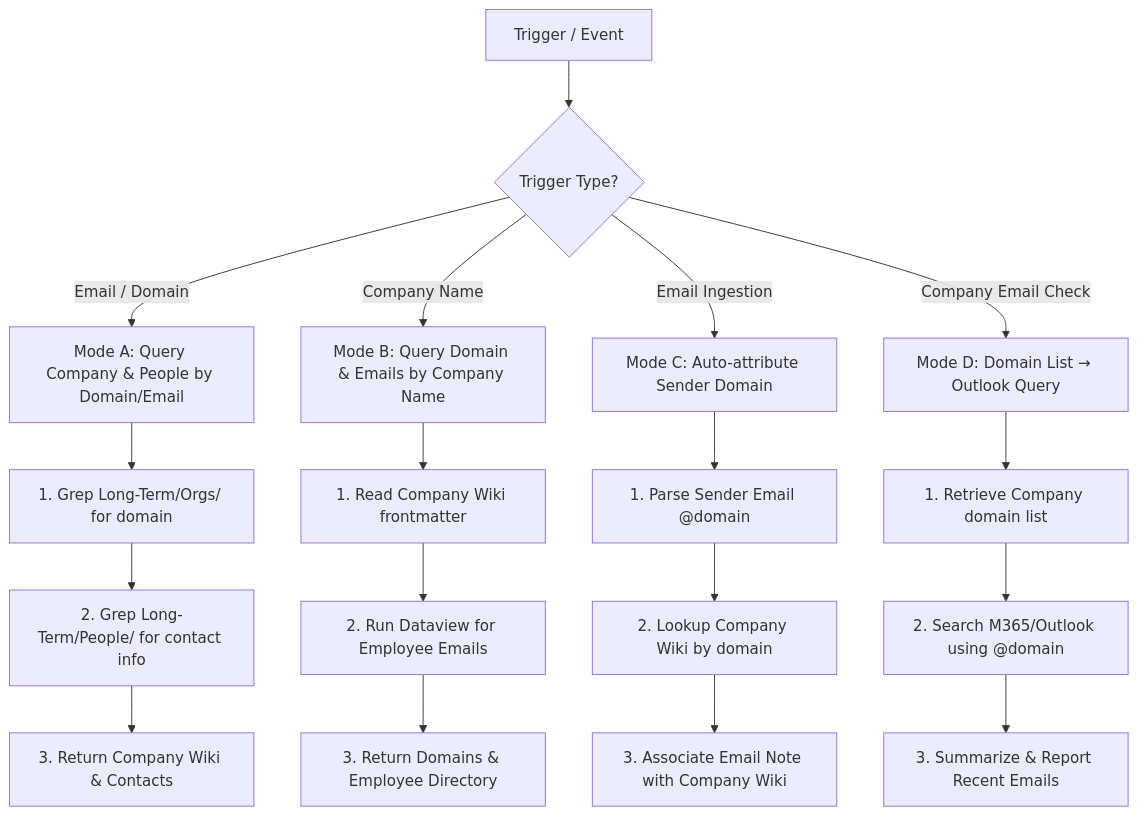
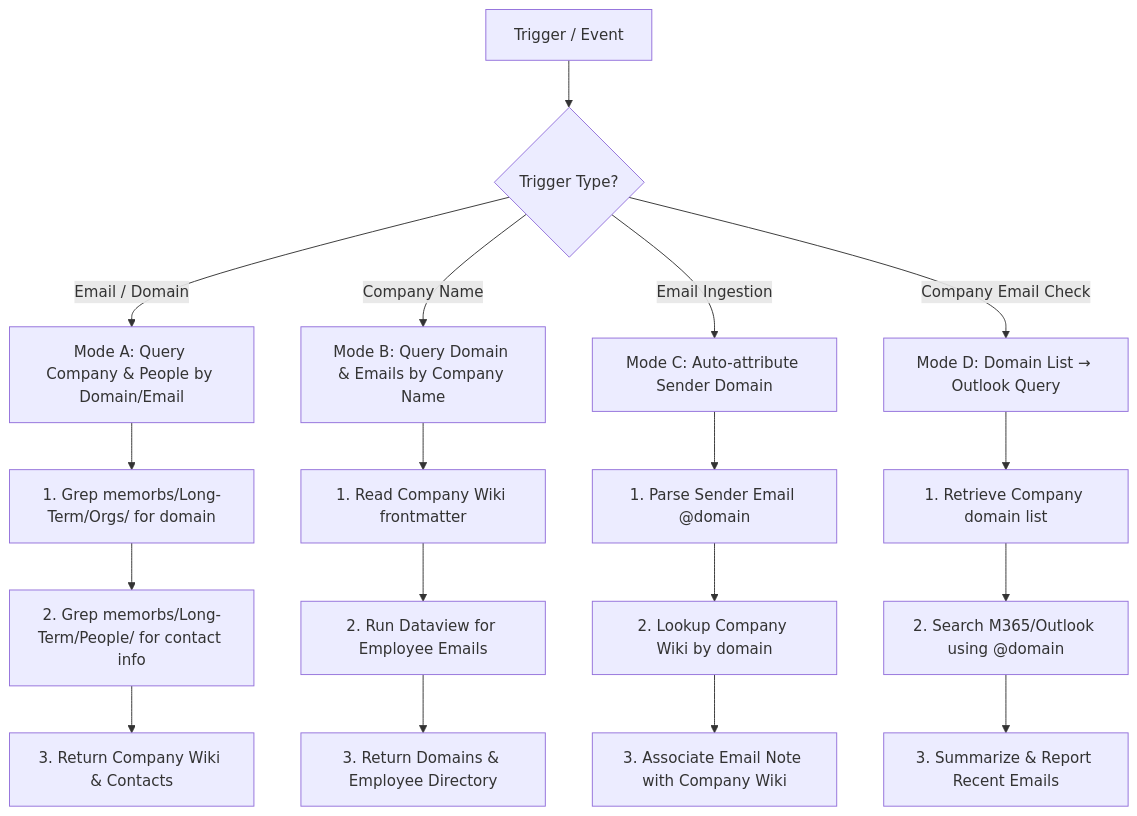
The diagram in skills/extensions/memorb-domain-query/SKILL.md (iamjosuho/memOrb), drawn with Mermaid before and after one commit. The commit also changed other lines of this file and 26 other files, not shown here.

````diff
--- a/skills/extensions/memorb-domain-query/SKILL.md
+++ b/skills/extensions/memorb-domain-query/SKILL.md
@@ -29,24 +29,24 @@
 ```mermaid
 flowchart TD
     StartInput[Trigger / Event] --> CheckType{Trigger Type?}
     CheckType -- Email / Domain --> ModeA[Mode A: Query Company & People by Domain/Email]
     CheckType -- Company Name --> ModeB[Mode B: Query Domain & Emails by Company Name]
     CheckType -- Email Ingestion --> ModeC[Mode C: Auto-attribute Sender Domain]
     CheckType -- Company Email Check --> ModeD[Mode D: Domain List → Outlook Query]
     
-    ModeA --> QueryOrgByDomain[1. Grep Long-Term/Orgs/ for domain]
-    QueryOrgByDomain --> QueryPeopleByEmail[2. Grep Long-Term/People/ for contact info]
+    ModeA --> QueryOrgByDomain[1. Grep memorbs/Long-Term/Orgs/ for domain]
+    QueryOrgByDomain --> QueryPeopleByEmail[2. Grep memorbs/Long-Term/People/ for contact info]
     QueryPeopleByEmail --> CombineA[3. Return Company Wiki & Contacts]
 
     ModeB --> FindCompanyWiki[1. Read Company Wiki frontmatter]
     FindCompanyWiki --> ListPeopleEmail[2. Run Dataview for Employee Emails]
     ListPeopleEmail --> CombineB[3. Return Domains & Employee Directory]
 
     ModeC --> ExtractSenderDomain[1. Parse Sender Email @domain]
     ExtractSenderDomain --> MatchCompany[2. Lookup Company Wiki by domain]
     MatchCompany --> TagNote[3. Associate Email Note with Company Wiki]
 
     ModeD --> LookupCompanyDomain[1. Retrieve Company domain list]
     LookupCompanyDomain --> QueryOutlook[2. Search M365/Outlook using @domain]
     QueryOutlook --> SummarizeEmails[3. Summarize & Report Recent Emails]
 ```
````
